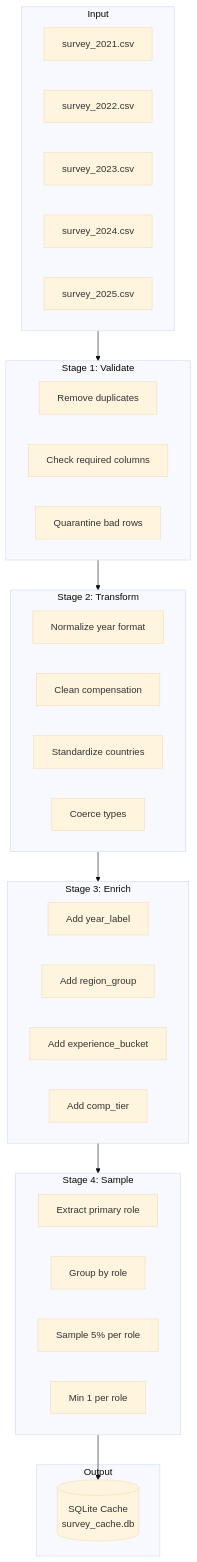
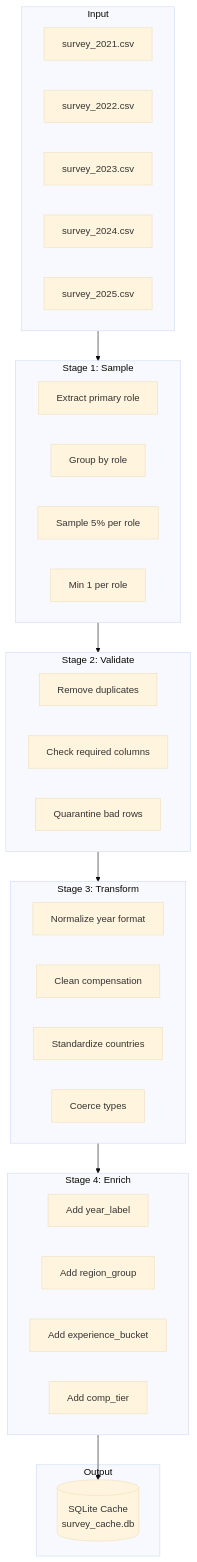
One commit to codebuzznow-coder/pipelines changed the first of 6 diagrams in docs/DATA_WORKFLOW.md. Above: the diagram before and after it, drawn with Mermaid (base theme). The commit also changed other lines of this file and 7 other files, not shown here.

````diff
--- a/docs/DATA_WORKFLOW.md
+++ b/docs/DATA_WORKFLOW.md
@@ -9,47 +9,47 @@
 ```mermaid
 flowchart TB
     subgraph Input["Input"]
         CSV1["survey_2021.csv"]
         CSV2["survey_2022.csv"]
         CSV3["survey_2023.csv"]
         CSV4["survey_2024.csv"]
         CSV5["survey_2025.csv"]
     end
     
-    subgraph Stage1["Stage 1: Validate"]
+    subgraph Stage1["Stage 1: Sample"]
+        S1["Extract primary role"]
+        S2["Group by role"]
+        S3["Sample 5% per role"]
+        S4["Min 1 per role"]
+    end
+    
+    subgraph Stage2["Stage 2: Validate"]
         V1["Remove duplicates"]
         V2["Check required columns"]
         V3["Quarantine bad rows"]
     end
     
-    subgraph Stage2["Stage 2: Transform"]
+    subgraph Stage3["Stage 3: Transform"]
         T1["Normalize year format"]
         T2["Clean compensation"]
         T3["Standardize countries"]
         T4["Coerce types"]
     end
     
-    subgraph Stage3["Stage 3: Enrich"]
+    subgraph Stage4["Stage 4: Enrich"]
         E1["Add year_label"]
         E2["Add region_group"]
         E3["Add experience_bucket"]
         E4["Add comp_tier"]
-    end
-    
-    subgraph Stage4["Stage 4: Sample"]
-        S1["Extract primary role"]
-        S2["Group by role"]
-        S3["Sample 5% per role"]
-        S4["Min 1 per role"]
     end
     
     subgraph Output["Output"]
         DB[("SQLite Cache<br/>survey_cache.db")]
     end
     
     Input --> Stage1
     Stage1 --> Stage2
     Stage2 --> Stage3
     Stage3 --> Stage4
     Stage4 --> DB
 ```
````
